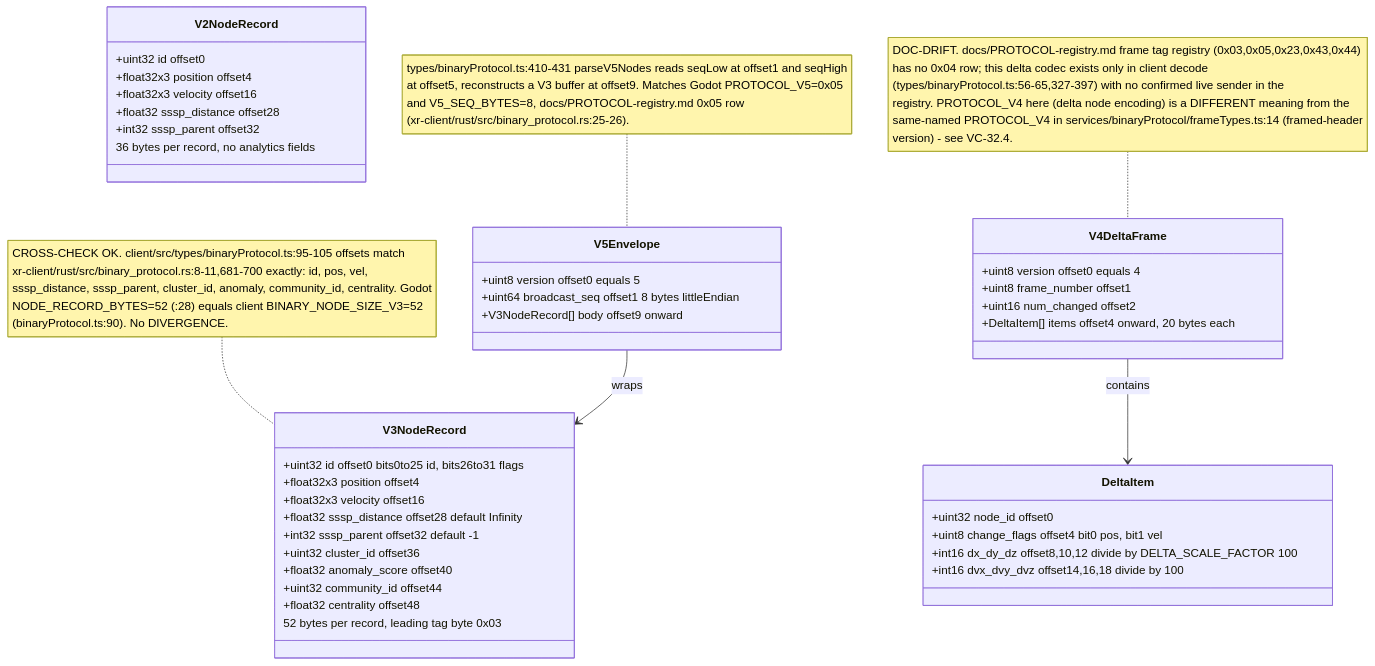
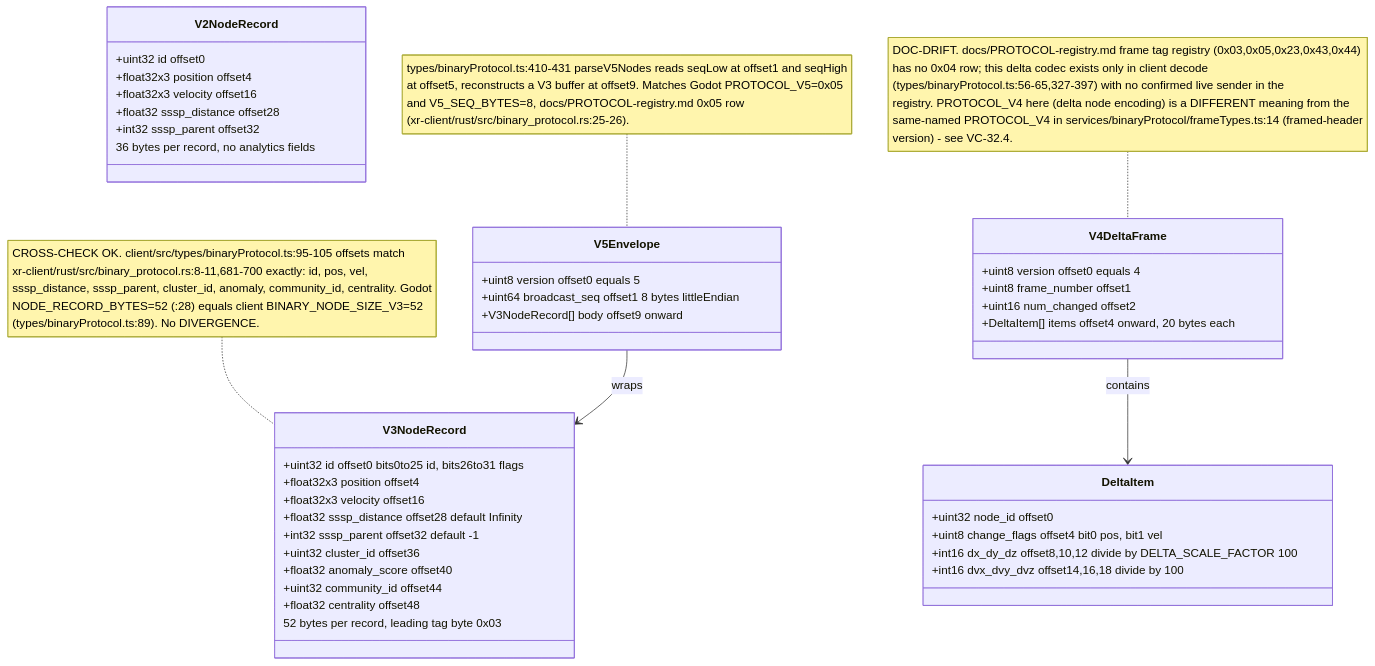
Before and after one commit to DreamLab-AI/VisionFlow: the fifth of 16 diagrams in docs/diagrams/visionclaw/32-client-websocket-and-binary.md, drawn with Mermaid. The commit also changed other lines of this file and 185 other files, not shown here.

Commit message:
docs(estate): reconcile diagrams and ADRs with source and define closeout sprint

````diff
--- a/docs/diagrams/visionclaw/32-client-websocket-and-binary.md
+++ b/docs/diagrams/visionclaw/32-client-websocket-and-binary.md
@@ -202,45 +205,45 @@
 ```mermaid
 classDiagram
     class V3NodeRecord {
       +uint32 id  offset0  bits0to25 id, bits26to31 flags
       +float32x3 position  offset4
       +float32x3 velocity  offset16
       +float32 sssp_distance  offset28  default Infinity
       +int32 sssp_parent  offset32  default -1
       +uint32 cluster_id  offset36
       +float32 anomaly_score  offset40
       +uint32 community_id  offset44
       +float32 centrality  offset48
       52 bytes per record, leading tag byte 0x03
     }
     class V2NodeRecord {
       +uint32 id  offset0
       +float32x3 position  offset4
       +float32x3 velocity  offset16
       +float32 sssp_distance  offset28
       +int32 sssp_parent  offset32
       36 bytes per record, no analytics fields
     }
     class V5Envelope {
       +uint8 version  offset0  equals 5
       +uint64 broadcast_seq  offset1  8 bytes littleEndian
       +V3NodeRecord[] body  offset9 onward
     }
     class V4DeltaFrame {
       +uint8 version  offset0  equals 4
       +uint8 frame_number  offset1
       +uint16 num_changed  offset2
       +DeltaItem[] items  offset4 onward, 20 bytes each
     }
     class DeltaItem {
       +uint32 node_id  offset0
       +uint8 change_flags  offset4  bit0 pos, bit1 vel
       +int16 dx_dy_dz  offset8,10,12  divide by DELTA_SCALE_FACTOR 100
       +int16 dvx_dvy_dvz  offset14,16,18  divide by 100
     }
     V5Envelope --> V3NodeRecord : wraps
     V4DeltaFrame --> DeltaItem : contains
-    note for V3NodeRecord "CROSS-CHECK OK. client/src/types/binaryProtocol.ts:95-105 offsets match<br/>xr-client/rust/src/binary_protocol.rs:8-11,681-700 exactly: id, pos, vel,<br/>sssp_distance, sssp_parent, cluster_id, anomaly, community_id, centrality. Godot<br/>NODE_RECORD_BYTES=52 (:28) equals client BINARY_NODE_SIZE_V3=52<br/>(binaryProtocol.ts:90). No DIVERGENCE."
+    note for V3NodeRecord "CROSS-CHECK OK. client/src/types/binaryProtocol.ts:95-105 offsets match<br/>xr-client/rust/src/binary_protocol.rs:8-11,681-700 exactly: id, pos, vel,<br/>sssp_distance, sssp_parent, cluster_id, anomaly, community_id, centrality. Godot<br/>NODE_RECORD_BYTES=52 (:28) equals client BINARY_NODE_SIZE_V3=52<br/>(types/binaryProtocol.ts:89). No DIVERGENCE."
     note for V5Envelope "types/binaryProtocol.ts:410-431 parseV5Nodes reads seqLow at offset1 and seqHigh<br/>at offset5, reconstructs a V3 buffer at offset9. Matches Godot PROTOCOL_V5=0x05<br/>and V5_SEQ_BYTES=8, docs/PROTOCOL-registry.md 0x05 row<br/>(xr-client/rust/src/binary_protocol.rs:25-26)."
     note for V4DeltaFrame "DOC-DRIFT. docs/PROTOCOL-registry.md frame tag registry (0x03,0x05,0x23,0x43,0x44)<br/>has no 0x04 row; this delta codec exists only in client decode<br/>(types/binaryProtocol.ts:56-65,327-397) with no confirmed live sender in the<br/>registry. PROTOCOL_V4 here (delta node encoding) is a DIFFERENT meaning from the<br/>same-named PROTOCOL_V4 in services/binaryProtocol/frameTypes.ts:14 (framed-header<br/>version) - see VC-32.4."
 ```
````
